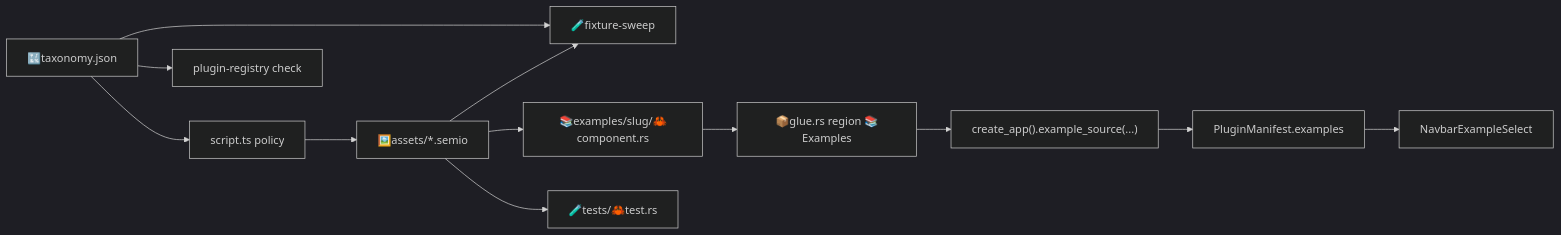
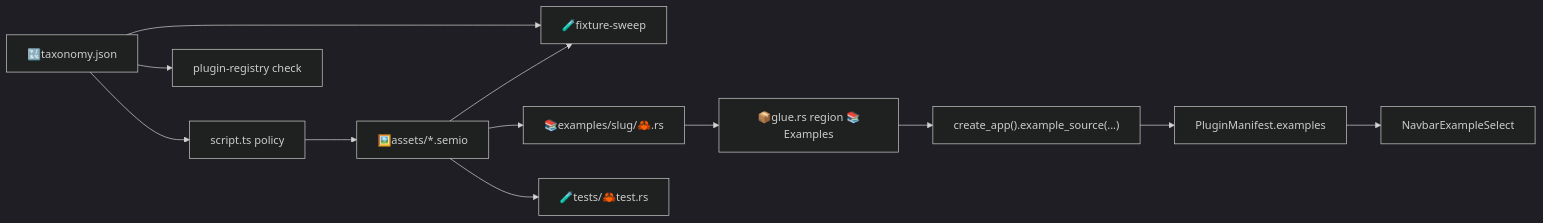
Before and after one commit to usalu/semio: the diagram in .cursor/plans/example_shape_refactor_adb7b675.plan.md, drawn with Mermaid (dark theme). The commit also changed other lines of this file and 41629 other files, not shown here.

````diff
--- a/.cursor/plans/example_shape_refactor_adb7b675.plan.md
+++ b/.cursor/plans/example_shape_refactor_adb7b675.plan.md
@@ -112,14 +112,14 @@
 ```mermaid
 flowchart LR
   taxonomy["🔣️taxonomy.json"] --> policy["script.ts policy"]
   taxonomy --> registry["plugin-registry check"]
   taxonomy --> sweep["🧪️fixture-sweep"]
-  assets["🖼️assets/*.semio"] --> leaf["📚️examples/slug/🦀️component.rs"]
+  assets["🖼️assets/*.semio"] --> leaf["📚️examples/slug/🦀️.rs"]
   assets --> tests["🧪️tests/🦀️test.rs"]
   leaf --> glue["📦️glue.rs region 📚️Examples"]
   glue --> app["create_app().example_source(...)"]
   app --> manifest["PluginManifest.examples"]
   manifest --> shell["NavbarExampleSelect"]
   assets --> sweep
   policy --> assets
 ```
````
